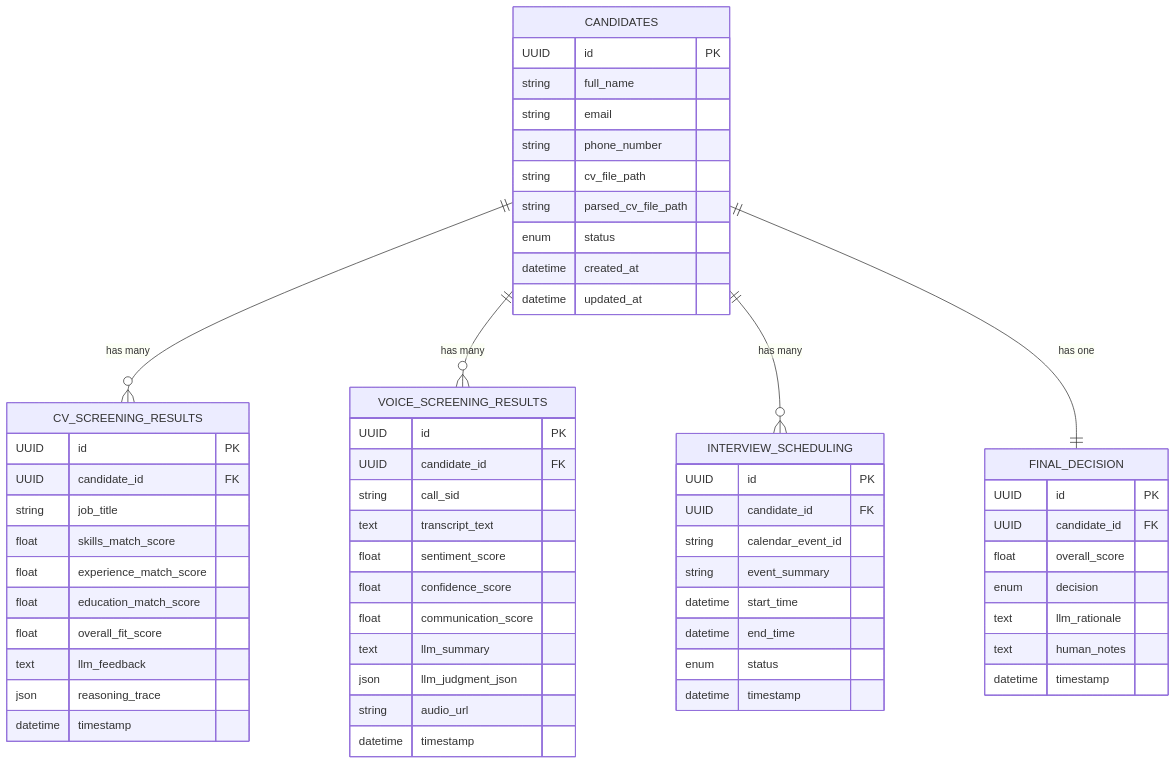
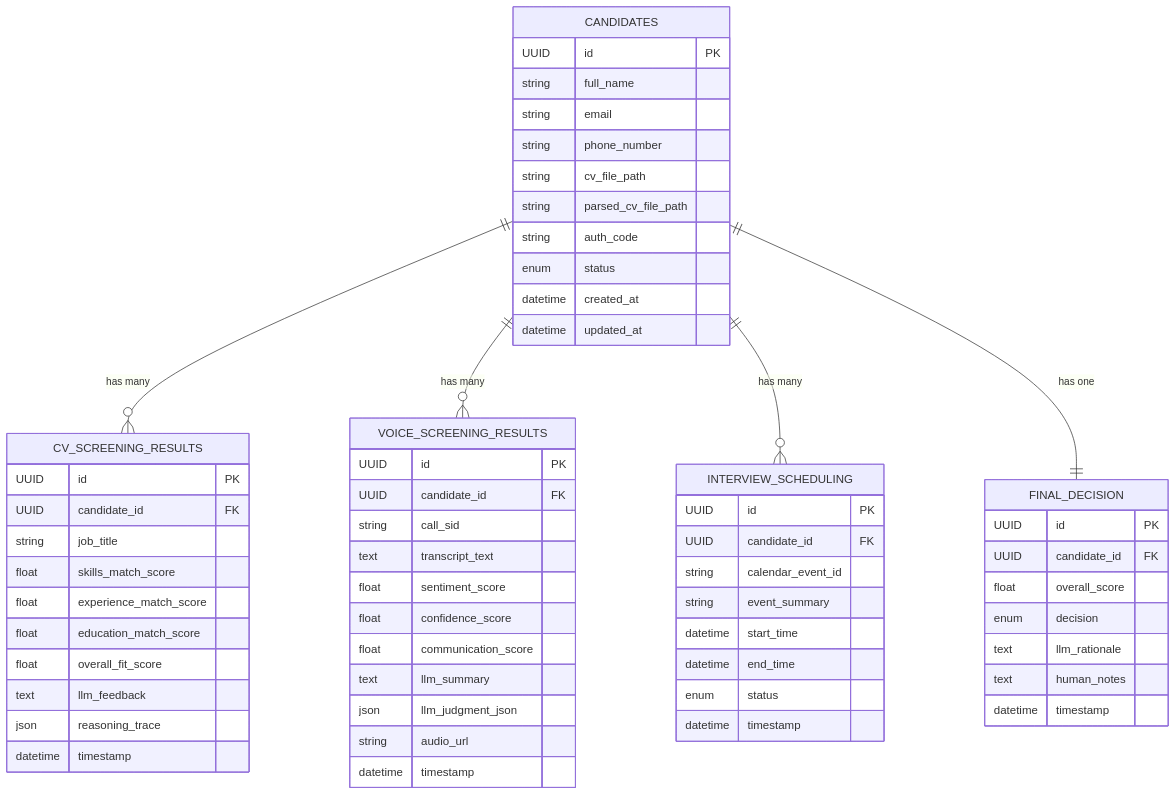
The diagram in src/database/candidates/info.md (Ocean-code-1995/recruitment-agent), drawn with Mermaid before and after one commit. The commit also changed other lines of this file and 3 other files, not shown here.

````diff
--- a/src/database/candidates/info.md
+++ b/src/database/candidates/info.md
@@ -18,68 +18,69 @@
 ```mermaid
 erDiagram
 
     CANDIDATES ||--o{ CV_SCREENING_RESULTS : "has many"
     CANDIDATES ||--o{ VOICE_SCREENING_RESULTS : "has many"
     CANDIDATES ||--o{ INTERVIEW_SCHEDULING : "has many"
     CANDIDATES ||--|| FINAL_DECISION : "has one"
 
     CANDIDATES {
         UUID id PK
         string full_name
         string email
         string phone_number
         string cv_file_path
         string parsed_cv_file_path
+        string auth_code
         enum status
         datetime created_at
         datetime updated_at
     }
 
     CV_SCREENING_RESULTS {
         UUID id PK
         UUID candidate_id FK
         string job_title
         float skills_match_score
         float experience_match_score
         float education_match_score
         float overall_fit_score
         text llm_feedback
         json reasoning_trace
         datetime timestamp
     }
 
     VOICE_SCREENING_RESULTS {
         UUID id PK
         UUID candidate_id FK
         string call_sid
         text transcript_text
         float sentiment_score
         float confidence_score
         float communication_score
         text llm_summary
         json llm_judgment_json
         string audio_url
         datetime timestamp
     }
 
     INTERVIEW_SCHEDULING {
         UUID id PK
         UUID candidate_id FK
         string calendar_event_id
         string event_summary
         datetime start_time
         datetime end_time
         enum status
         datetime timestamp
     }
 
     FINAL_DECISION {
         UUID id PK
         UUID candidate_id FK
         float overall_score
         enum decision
         text llm_rationale
         text human_notes
         datetime timestamp
     }
 ```
````
